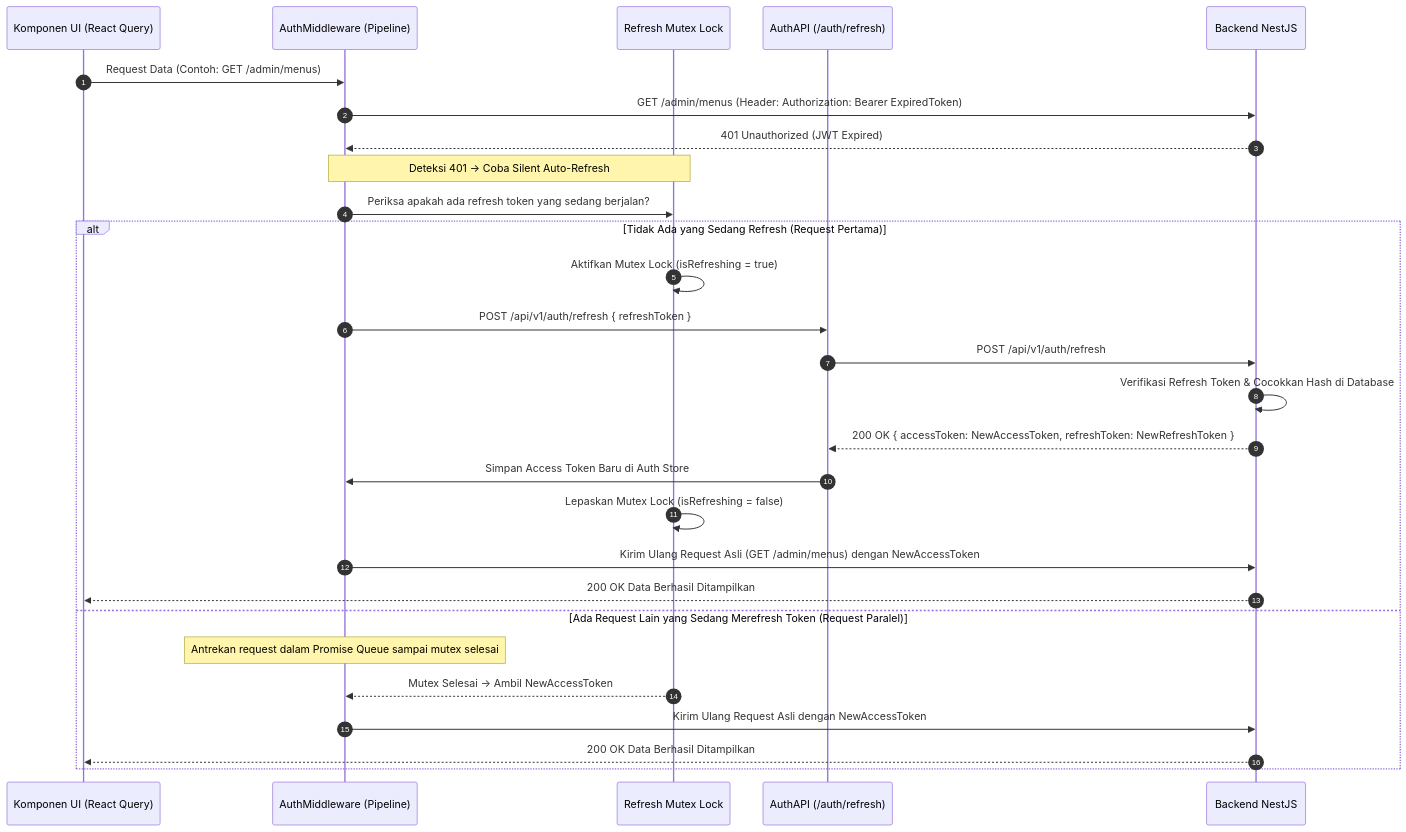
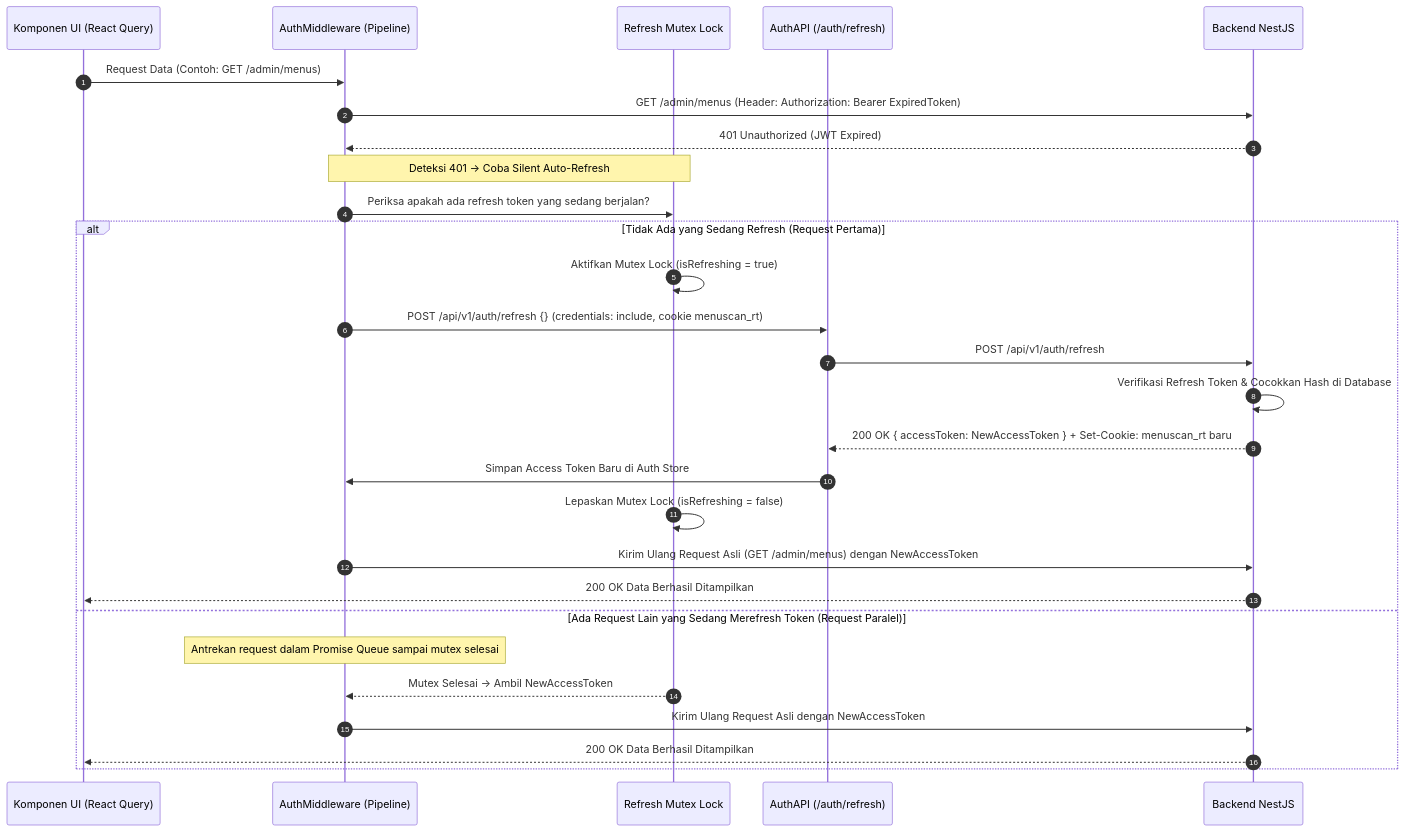
One commit to dwigunardi/be-menu-scan-latihan changed the second of 3 diagrams in docs/security/staff-login-and-token-lifecycle.md. Above: the diagram before and after it, drawn with Mermaid. The commit also changed other lines of this file and 30 other files, not shown here.

First line of the commit message:
feat(auth): move refresh token to HttpOnly cookie

````diff
--- a/docs/security/staff-login-and-token-lifecycle.md
+++ b/docs/security/staff-login-and-token-lifecycle.md
@@ -90,34 +90,34 @@
 ```mermaid
 sequenceDiagram
     autonumber
     participant UI as Komponen UI (React Query)
     participant AuthMW as AuthMiddleware (Pipeline)
     participant Lock as Refresh Mutex Lock
     participant AuthAPI as AuthAPI (/auth/refresh)
     participant BE as Backend NestJS
 
     UI->>AuthMW: Request Data (Contoh: GET /admin/menus)
     AuthMW->>BE: GET /admin/menus (Header: Authorization: Bearer ExpiredToken)
     BE-->>AuthMW: 401 Unauthorized (JWT Expired)
 
     Note over AuthMW,Lock: Deteksi 401 -> Coba Silent Auto-Refresh
     AuthMW->>Lock: Periksa apakah ada refresh token yang sedang berjalan?
     
     alt Tidak Ada yang Sedang Refresh (Request Pertama)
         Lock->>Lock: Aktifkan Mutex Lock (isRefreshing = true)
-        AuthMW->>AuthAPI: POST /api/v1/auth/refresh { refreshToken }
+        AuthMW->>AuthAPI: POST /api/v1/auth/refresh {} (credentials: include, cookie menuscan_rt)
         AuthAPI->>BE: POST /api/v1/auth/refresh
         BE->>BE: Verifikasi Refresh Token & Cocokkan Hash di Database
-        BE-->>AuthAPI: 200 OK { accessToken: NewAccessToken, refreshToken: NewRefreshToken }
+        BE-->>AuthAPI: 200 OK { accessToken: NewAccessToken } + Set-Cookie: menuscan_rt baru
         AuthAPI->>AuthMW: Simpan Access Token Baru di Auth Store
         Lock->>Lock: Lepaskan Mutex Lock (isRefreshing = false)
         
         AuthMW->>BE: Kirim Ulang Request Asli (GET /admin/menus) dengan NewAccessToken
         BE-->>UI: 200 OK Data Berhasil Ditampilkan
     else Ada Request Lain yang Sedang Merefresh Token (Request Paralel)
         Note over AuthMW: Antrekan request dalam Promise Queue sampai mutex selesai
         Lock-->>AuthMW: Mutex Selesai -> Ambil NewAccessToken
         AuthMW->>BE: Kirim Ulang Request Asli dengan NewAccessToken
         BE-->>UI: 200 OK Data Berhasil Ditampilkan
     end
 ```
````
